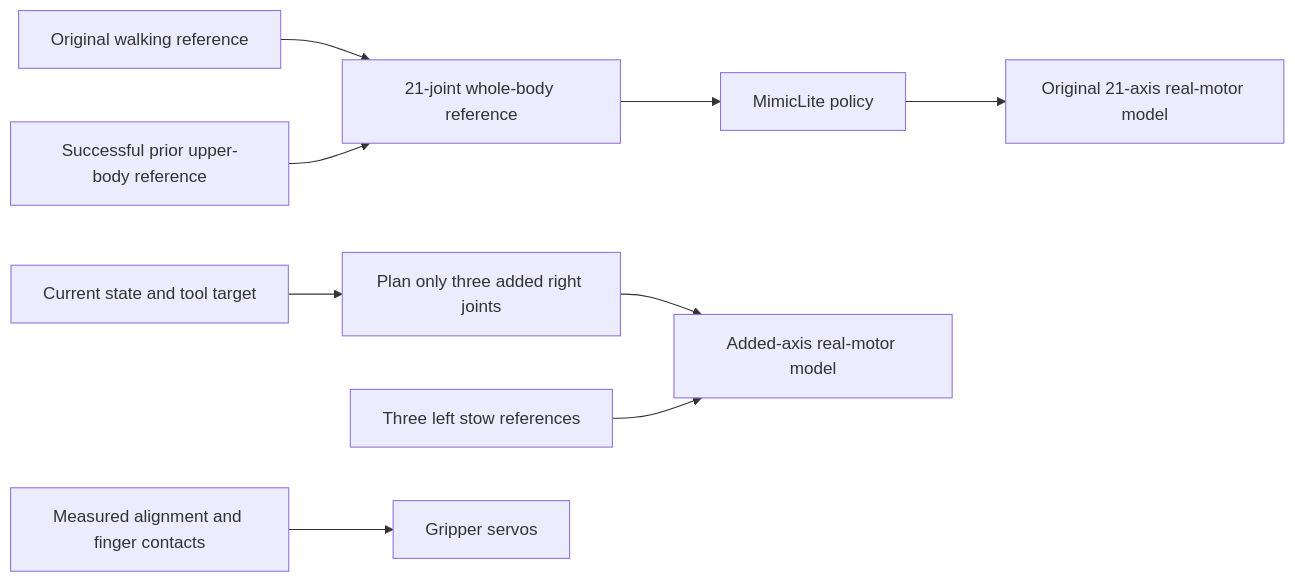
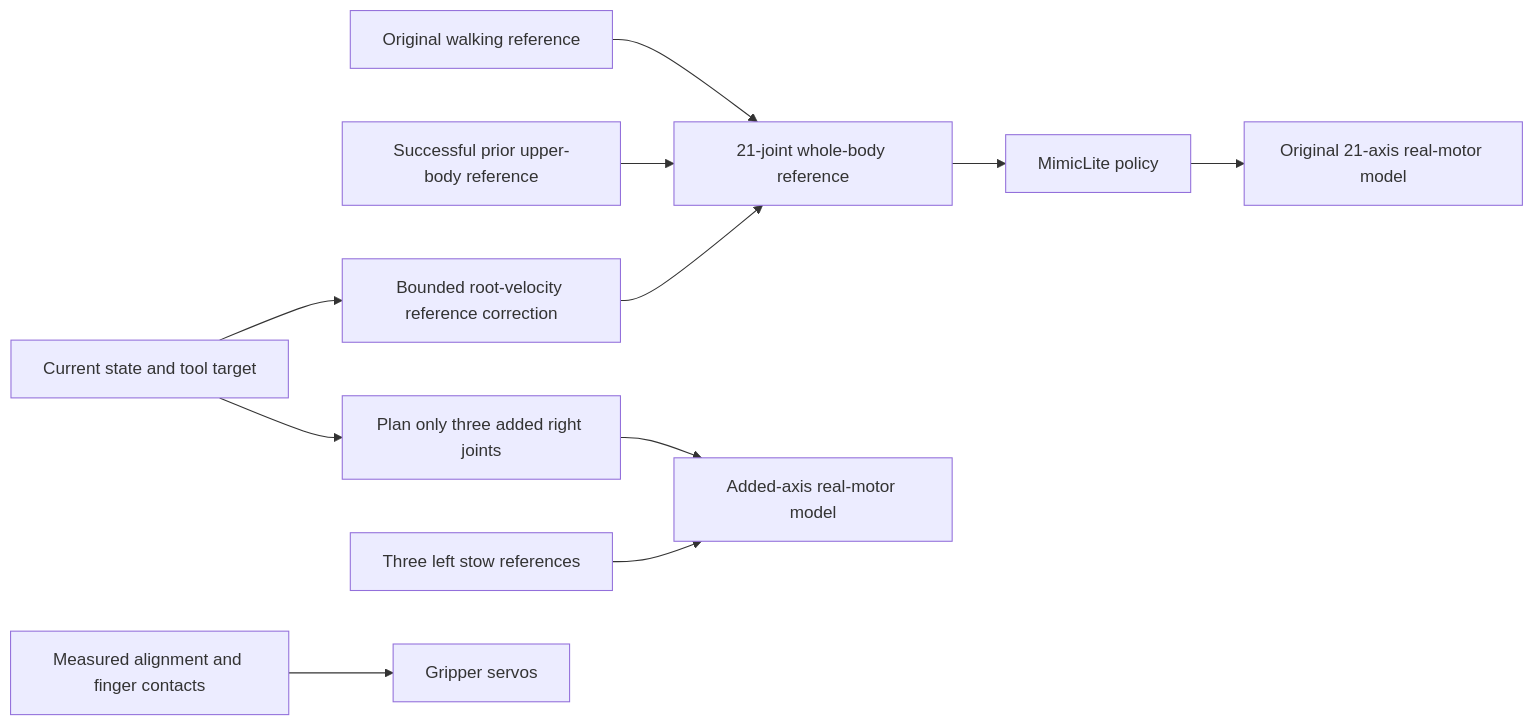
One commit to joyin-mini3/MimicLite changed the diagram in docs/mini3_policy_pick_carry.md. Above: the diagram before and after it, drawn with Mermaid. The commit also changed other lines of this file and 12 other files, not shown here.

````diff
--- a/docs/mini3_policy_pick_carry.md
+++ b/docs/mini3_policy_pick_carry.md
@@ -52,11 +69,13 @@
 ```mermaid
 flowchart LR
     W["Original walking reference"] --> R["21-joint whole-body reference"]
     A["Successful prior upper-body reference"] --> R
+    S["Current state and tool target"] --> V["Bounded root-velocity reference correction"]
+    V --> R
     R --> P["MimicLite policy"]
     P --> M["Original 21-axis real-motor model"]
-    S["Current state and tool target"] --> K["Plan only three added right joints"]
+    S --> K["Plan only three added right joints"]
     K --> E["Added-axis real-motor model"]
     L["Three left stow references"] --> E
     C["Measured alignment and finger contacts"] --> G["Gripper servos"]
 ```
````
